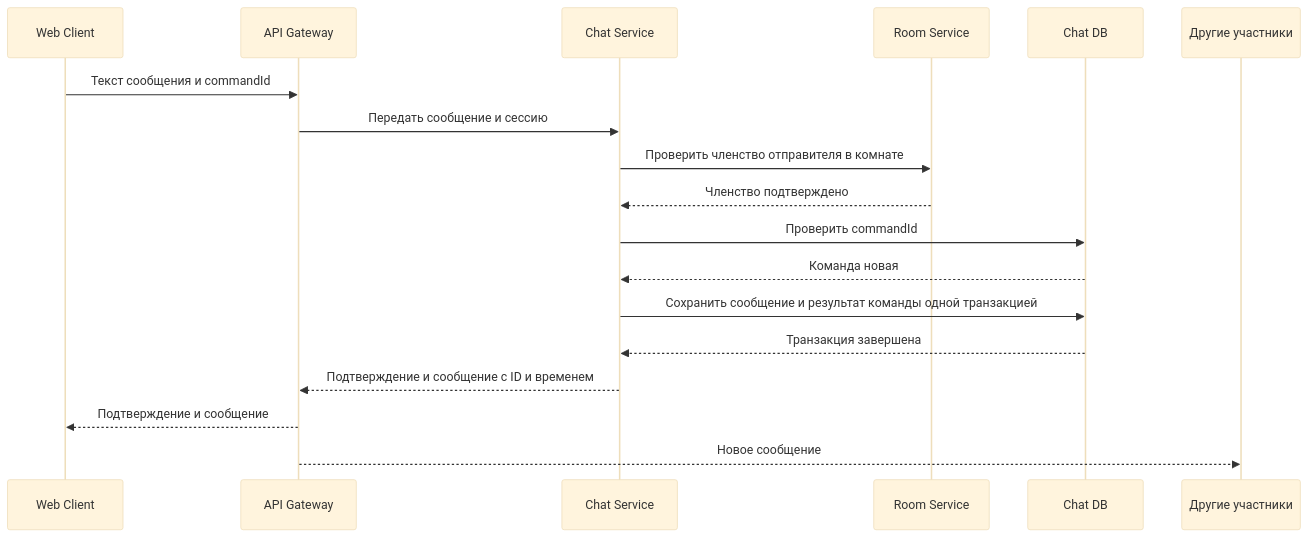
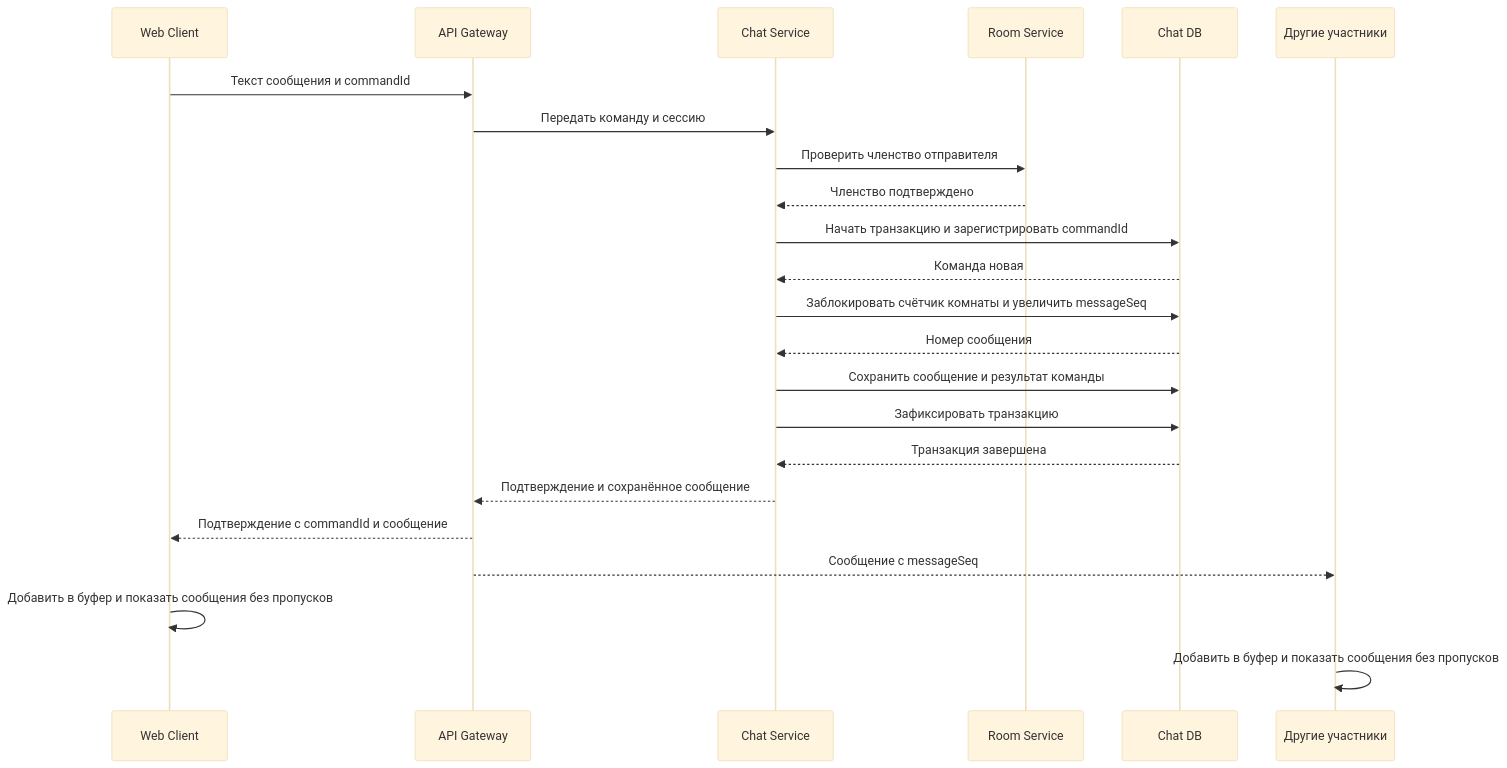
One commit to spbu-ds-practicum-2026/KpyTble_6o6pbl changed the seventh of 9 diagrams in docs/tr.md. Above: the diagram before and after it, drawn with Mermaid (base theme). The commit also changed other lines of this file, not shown here.

````diff
--- a/docs/tr.md
+++ b/docs/tr.md
@@ -358,21 +366,26 @@
 ```mermaid
 sequenceDiagram
     participant Client as Web Client
     participant Gateway as API Gateway
     participant Chat as Chat Service
     participant Room as Room Service
     participant DB as Chat DB
     participant Others as Другие участники
 
     Client->>Gateway: Текст сообщения и commandId
-    Gateway->>Chat: Передать сообщение и сессию
-    Chat->>Room: Проверить членство отправителя в комнате
+    Gateway->>Chat: Передать команду и сессию
+    Chat->>Room: Проверить членство отправителя
     Room-->>Chat: Членство подтверждено
-    Chat->>DB: Проверить commandId
+    Chat->>DB: Начать транзакцию и зарегистрировать commandId
     DB-->>Chat: Команда новая
-    Chat->>DB: Сохранить сообщение и результат команды одной транзакцией
+    Chat->>DB: Заблокировать счётчик комнаты и увеличить messageSeq
+    DB-->>Chat: Номер сообщения
+    Chat->>DB: Сохранить сообщение и результат команды
+    Chat->>DB: Зафиксировать транзакцию
     DB-->>Chat: Транзакция завершена
-    Chat-->>Gateway: Подтверждение и сообщение с ID и временем
-    Gateway-->>Client: Подтверждение и сообщение
-    Gateway-->>Others: Новое сообщение
+    Chat-->>Gateway: Подтверждение и сохранённое сообщение
+    Gateway-->>Client: Подтверждение с commandId и сообщение
+    Gateway-->>Others: Сообщение с messageSeq
+    Client->>Client: Добавить в буфер и показать сообщения без пропусков
+    Others->>Others: Добавить в буфер и показать сообщения без пропусков
 ```
````
